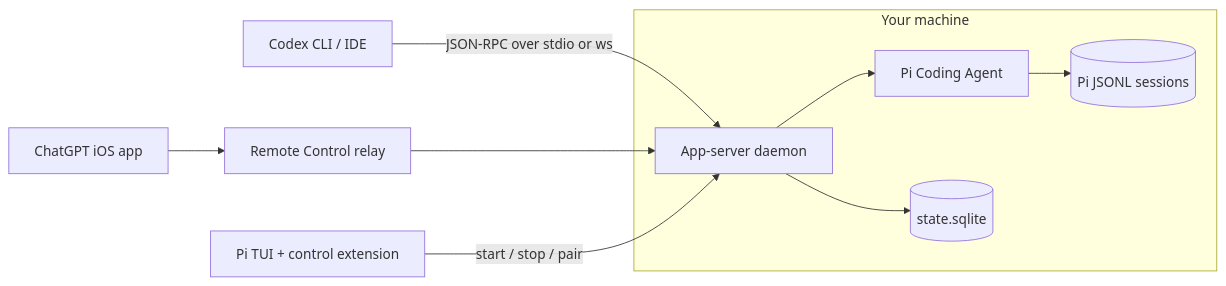
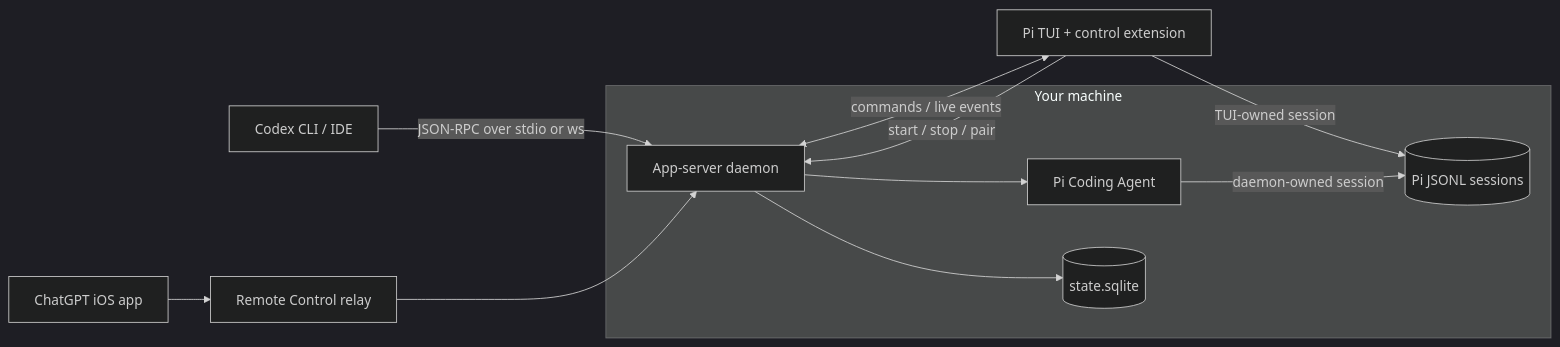
Before and after one commit to AdamsGH/pi-codex-app-server: the diagram in README.md, drawn with Mermaid. The commit also changed other lines of this file and 12 other files, not shown here.

Commit message:
Bridge live Pi TUI sessions to all Codex subscribers

````diff
--- a/README.md
+++ b/README.md
@@ -22,20 +23,23 @@
 ```mermaid
+%%{init: {"theme": "dark"}}%%
 flowchart LR
     CLI[Codex CLI / IDE]
     IOS[ChatGPT iOS app]
     RELAY[Remote Control relay]
     TUI[Pi TUI + control extension]
 
     subgraph host [Your machine]
         DAEMON[App-server daemon]
         PI[Pi Coding Agent]
         JSONL[(Pi JSONL sessions)]
         DB[(state.sqlite)]
     end
 
     CLI -->|JSON-RPC over stdio or ws| DAEMON
     IOS --> RELAY --> DAEMON
     TUI -->|start / stop / pair| DAEMON
-    DAEMON --> PI --> JSONL
+    DAEMON <-->|commands / live events| TUI
+    TUI -->|TUI-owned session| JSONL
+    DAEMON --> PI -->|daemon-owned session| JSONL
     DAEMON --> DB
 ```
````
